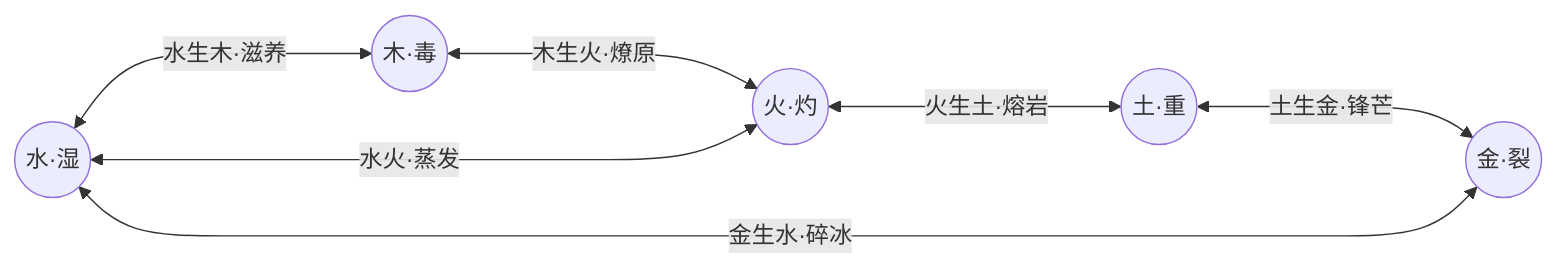
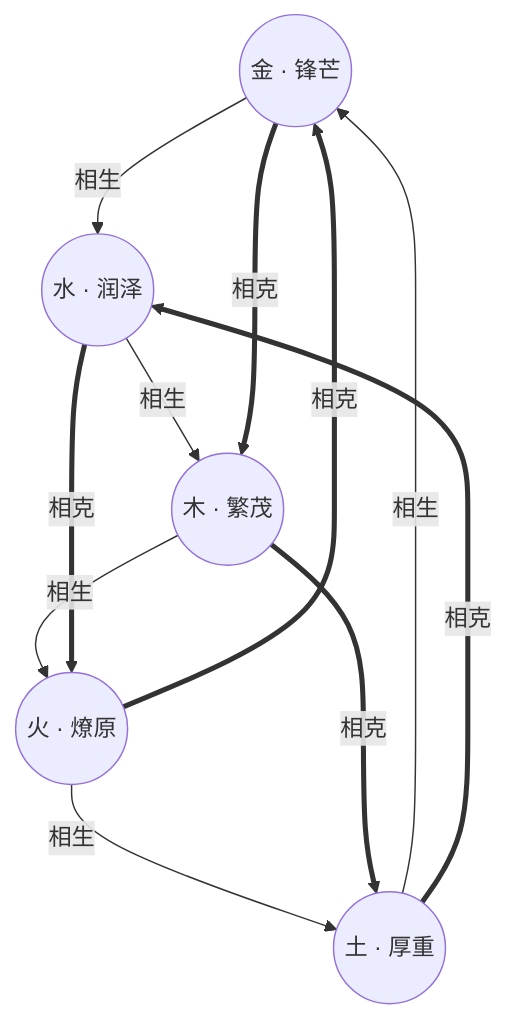
One commit to niuchangsheng/TowerDefense changed the diagram in docs/Wuxing_System_Design.md. Above: the diagram before and after it, drawn with Mermaid. The commit also changed other lines of this file and 1 other file, not shown here.

Commit message:
docs(wuxing): 绘制并嵌入标准五行相生相克图（外圆顺时针白线相生，内五角星黑线相克）

````diff
--- a/docs/Wuxing_System_Design.md
+++ b/docs/Wuxing_System_Design.md
@@ -71,9 +77,23 @@
 ```mermaid
-graph LR
-    Water((水·湿)) <--->|水生木·滋养| Wood((木·毒))
-    Wood <--->|木生火·燎原| Fire((火·灼))
-    Fire <--->|火生土·熔岩| Earth((土·重))
-    Earth <--->|土生金·锋芒| Metal((金·裂))
-    Metal <--->|金生水·碎冰| Water
-    Water <--->|水火·蒸发| Fire
+flowchart TD
+    %% 节点定义（顺时针排布：金在正上方）
+    Metal((金 · 锋芒))
+    Water((水 · 润泽))
+    Wood((木 · 繁茂))
+    Fire((火 · 燎原))
+    Earth((土 · 厚重))
+
+    %% 1. 顺时针外圈单向相生（白线：金生水、水生木、木生火、火生土、土生金）
+    Metal -->|相生| Water
+    Water -->|相生| Wood
+    Wood -->|相生| Fire
+    Fire -->|相生| Earth
+    Earth -->|相生| Metal
+
+    %% 2. 隔位单向相克五角星（黑线：金克木、木克土、土克水、水克火、火克金）
+    Metal ==>|相克| Wood
+    Wood ==>|相克| Earth
+    Earth ==>|相克| Water
+    Water ==>|相克| Fire
+    Fire ==>|相克| Metal
 ```
````
